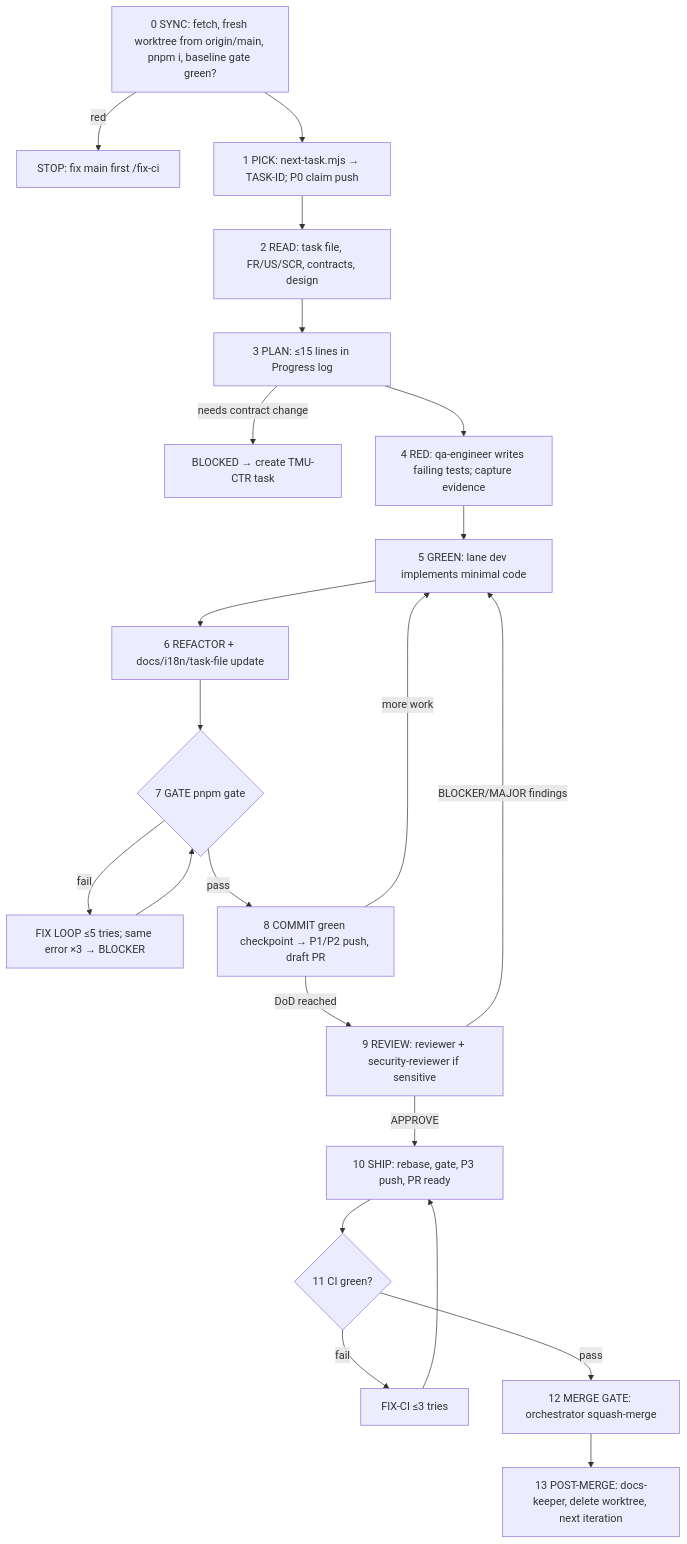
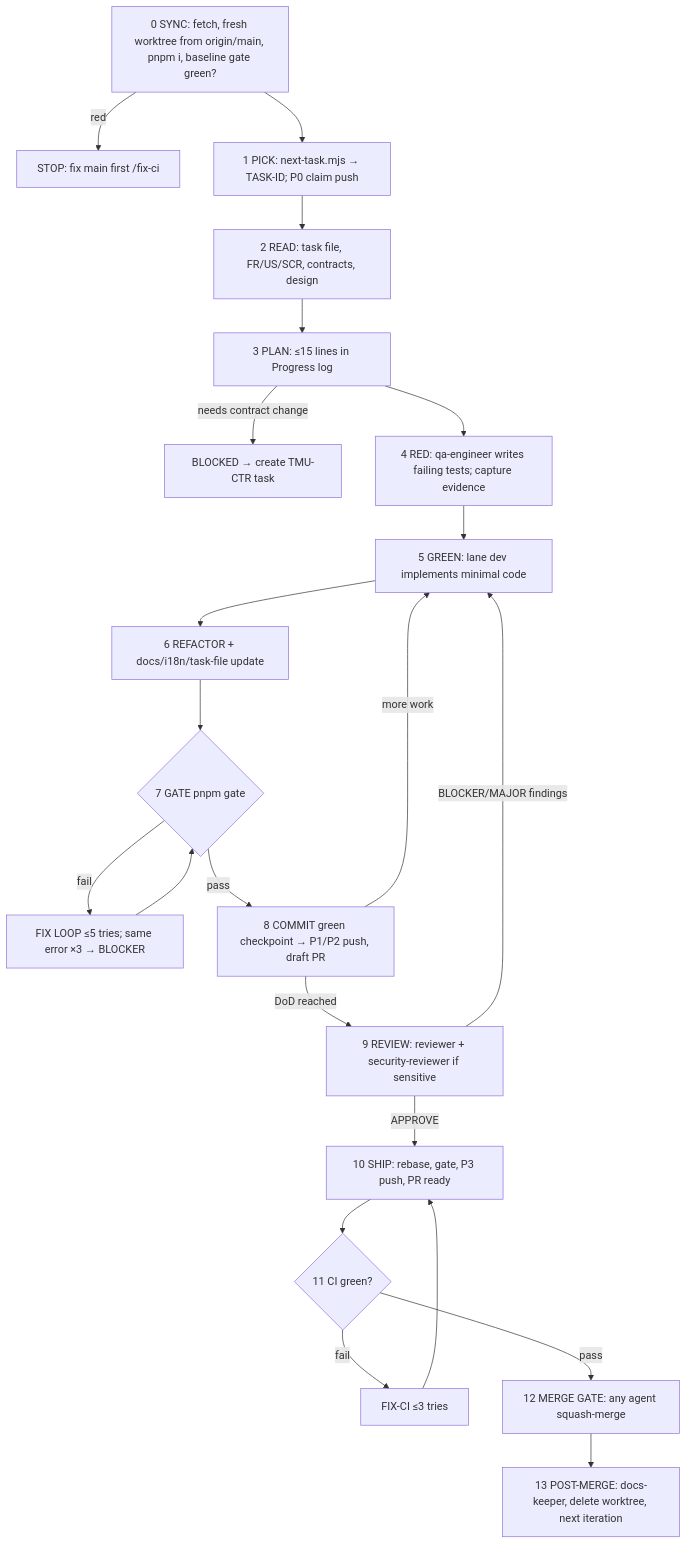
One commit to HanifIsya/temuUNAIR-v2 changed the diagram in docs/05-workflow/02-agent-loop.md. Above: the diagram before and after it, drawn with Mermaid. The commit also changed other lines of this file and 11 other files, not shown here.

First line of the commit message:
feat(ops): let any session merge and accept redirect-suffixed pushes (#8)

````diff
--- a/docs/05-workflow/02-agent-loop.md
+++ b/docs/05-workflow/02-agent-loop.md
@@ -17,23 +17,23 @@
 ```mermaid
 flowchart TD
   S0[0 SYNC: fetch, fresh worktree from origin/main, pnpm i, baseline gate green?] -->|red| E0[STOP: fix main first /fix-ci]
   S0 --> S1[1 PICK: next-task.mjs → TASK-ID; P0 claim push]
   S1 --> S2[2 READ: task file, FR/US/SCR, contracts, design]
   S2 --> S3[3 PLAN: ≤15 lines in Progress log]
   S3 -->|needs contract change| E3[BLOCKED → create TMU-CTR task]
   S3 --> S4[4 RED: qa-engineer writes failing tests; capture evidence]
   S4 --> S5[5 GREEN: lane dev implements minimal code]
   S5 --> S6[6 REFACTOR + docs/i18n/task-file update]
   S6 --> S7{7 GATE pnpm gate}
   S7 -->|fail| F[FIX LOOP ≤5 tries; same error ×3 → BLOCKER]
   F --> S7
   S7 -->|pass| S8[8 COMMIT green checkpoint → P1/P2 push, draft PR]
   S8 -->|more work| S5
   S8 -->|DoD reached| S9[9 REVIEW: reviewer + security-reviewer if sensitive]
   S9 -->|BLOCKER/MAJOR findings| S5
   S9 -->|APPROVE| S10[10 SHIP: rebase, gate, P3 push, PR ready]
   S10 --> S11{11 CI green?}
   S11 -->|fail| G[FIX-CI ≤3 tries] --> S10
-  S11 -->|pass| H[12 MERGE GATE: orchestrator squash-merge]
+  S11 -->|pass| H[12 MERGE GATE: any agent squash-merge]
   H --> S13[13 POST-MERGE: docs-keeper, delete worktree, next iteration]
 ```
````
